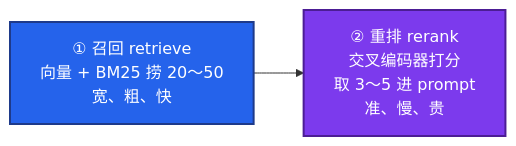
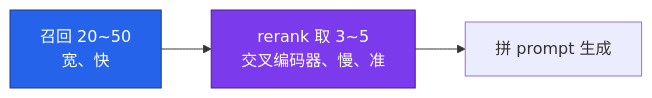
Before and after one commit to ml-cuizijun/LearnToLilith: the fourth of 5 diagrams in 09-AI与智能运维/03-RAG检索增强/知识点.md, drawn with Mermaid. The commit also changed other lines of this file and 213 other files, not shown here.

````diff
--- a/09-AI与智能运维/03-RAG检索增强/知识点.md
+++ b/09-AI与智能运维/03-RAG检索增强/知识点.md
@@ -220,9 +206,8 @@
 ```mermaid
 flowchart LR
-    A["① 召回 retrieve<br/>向量 + BM25 捞 20～50<br/>宽、粗、快"] --> B["② 重排 rerank<br/>交叉编码器打分<br/>取 3～5 进 prompt<br/>准、慢、贵"]
+    classDef a fill:#2563EB,stroke:#1E3A8A,color:#fff
+    classDef b fill:#7C3AED,stroke:#4C1D95,color:#fff
 
-    classDef a fill:#2563EB,stroke:#1E3A8A,stroke-width:2px,color:#fff
-    classDef b fill:#7C3AED,stroke:#4C1D95,stroke-width:2px,color:#fff
-    class A a
-    class B b
+    A["召回 20~50<br/>宽、快"]:::a --> B["rerank 取 3~5<br/>交叉编码器、慢、准"]:::b
+    B --> C["拼 prompt 生成"]
 ```
````
